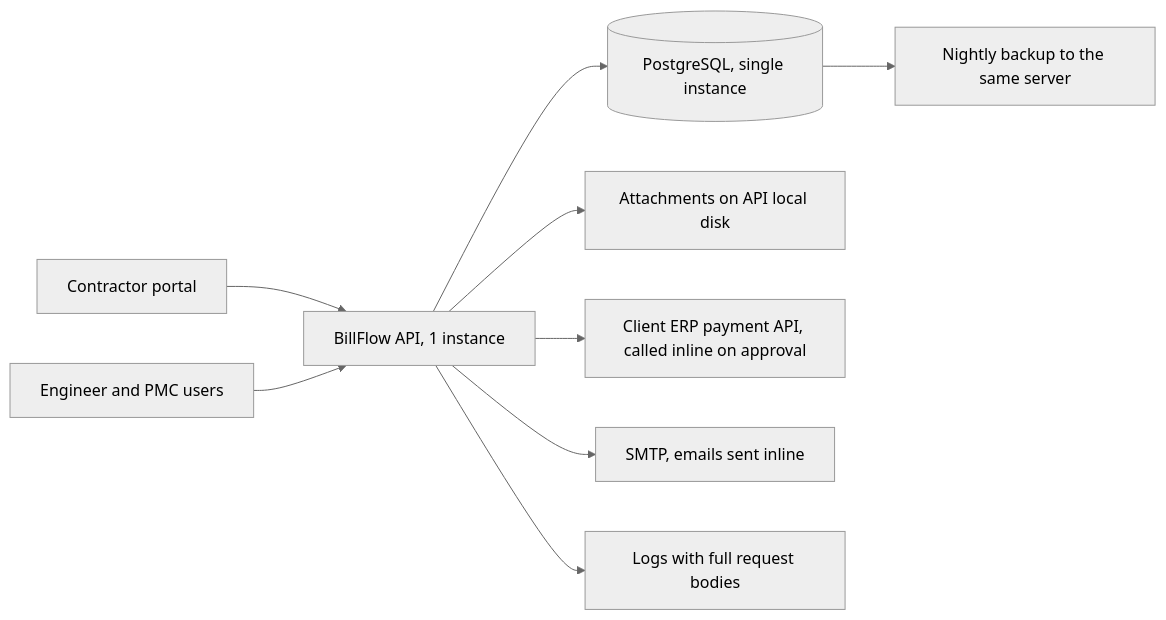
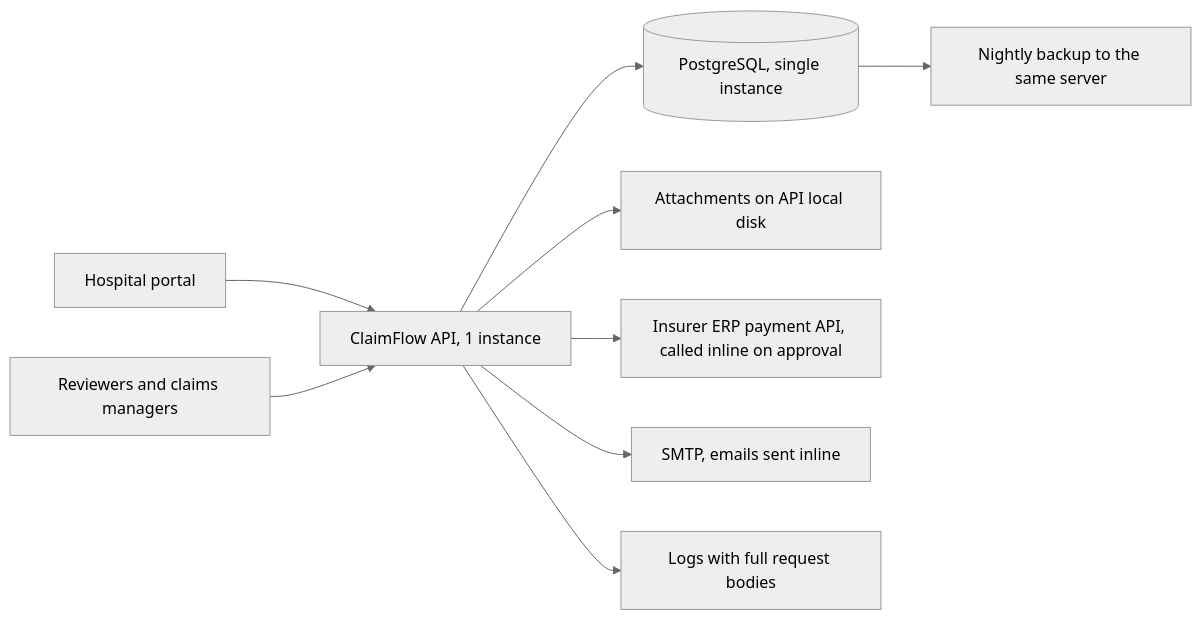
Before and after one commit to rizwi0786/system-design-lab: the second of 3 diagrams in content/lessons/m19/m19-design-review.md, drawn with Mermaid (neutral theme). The commit also changed other lines of this file and 334 other files, not shown here.

````diff
--- a/content/lessons/m19/m19-design-review.md
+++ b/content/lessons/m19/m19-design-review.md
@@ -201,11 +202,11 @@
 ```mermaid
 flowchart LR
-    CP["Contractor portal"] --> API["BillFlow API, 1 instance"]
-    EN["Engineer and PMC users"] --> API
+    CP["Hospital portal"] --> API["ClaimFlow API, 1 instance"]
+    EN["Reviewers and claims managers"] --> API
     API --> DB[("PostgreSQL, single instance")]
     API --> FS["Attachments on API local disk"]
-    API --> ERP["Client ERP payment API, called inline on approval"]
+    API --> ERP["Insurer ERP payment API, called inline on approval"]
     API --> SMTP["SMTP, emails sent inline"]
     API --> LOG["Logs with full request bodies"]
     DB --> BK["Nightly backup to the same server"]
 ```
````
